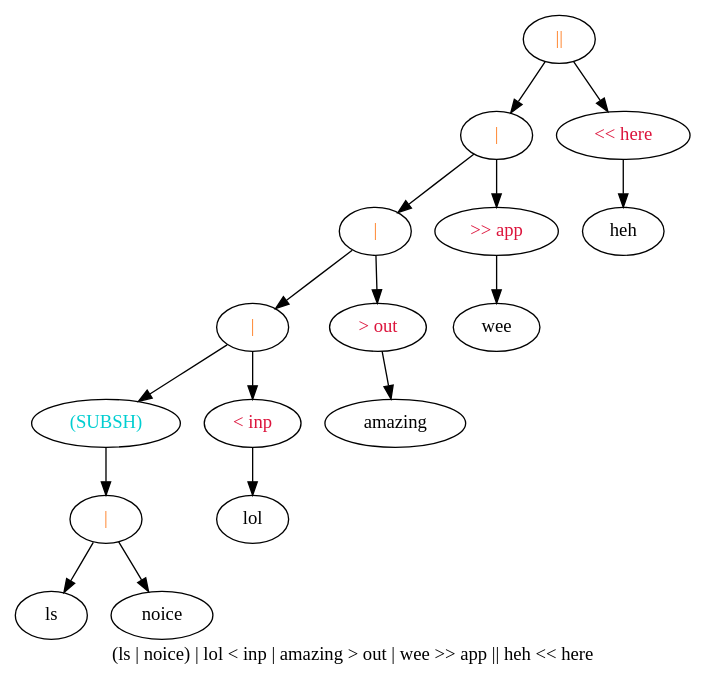
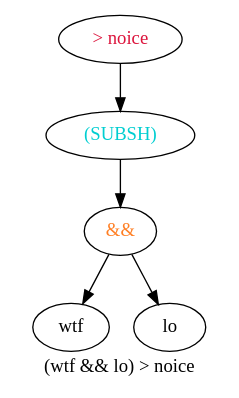
The diagram in tree.dot (YeGoRenji/minishell-1337), drawn with Graphviz before and after one commit. The commit also changed 7 other files, not shown here.

```diff
--- a/tree.dot
+++ b/tree.dot
@@ -1,34 +1,12 @@
 digraph yep {
-	label="(ls | noice) | lol < inp | amazing > out | wee >> app || heh << here"
-	n0[fontcolor=chocolate1 label="||"];
+	label="(wtf && lo) > noice"
+	n0[fontcolor=crimson label="> noice"];
 	n0 -> n1;
-	n0 -> n2;
-	n1[fontcolor=chocolate1 label="|"];
+	n1[fontcolor=darkturquoise label="(SUBSH) "];
 	n1 -> n3;
-	n1 -> n4;
-	n3[fontcolor=chocolate1 label="|"];
+	n3[fontcolor=chocolate1 label="&&"];
 	n3 -> n7;
 	n3 -> n8;
-	n7[fontcolor=chocolate1 label="|"];
-	n7 -> n15;
-	n7 -> n16;
-	n15[fontcolor=darkturquoise label="(SUBSH) "];
-	n15 -> n31;
-	n31[fontcolor=chocolate1 label="|"];
-	n31 -> n63;
-	n31 -> n64;
-	n63[label="ls "];
-	n64[label="noice "];
-	n16[fontcolor=crimson label="< inp"];
-	n16 -> n33;
-	n33[label="lol "];
-	n8[fontcolor=crimson label="> out"];
-	n8 -> n17;
-	n17[label="amazing "];
-	n4[fontcolor=crimson label=">> app"];
-	n4 -> n9;
-	n9[label="wee "];
-	n2[fontcolor=crimson label="<< here"];
-	n2 -> n5;
-	n5[label="heh "];
+	n7[label="wtf "];
+	n8[label="lo "];
 }
```
